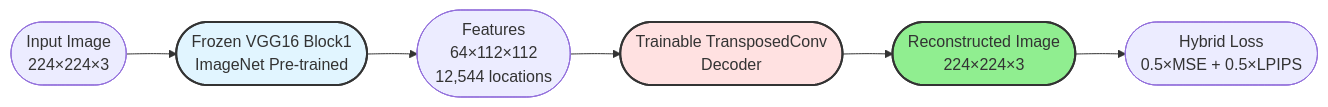
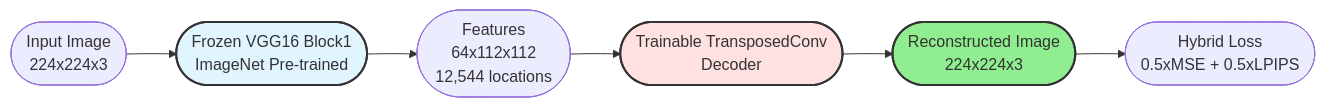
The first of 5 diagrams in COMBINED_METHODOLOGY_RESULTS.md (DanicaBlazanovic/CAP6415_F25_project_Input_Image_Reconstruction_from_Features), drawn with Mermaid before and after one commit. The commit also changed other lines of this file, not shown here.

````diff
--- a/COMBINED_METHODOLOGY_RESULTS.md
+++ b/COMBINED_METHODOLOGY_RESULTS.md
@@ -24,12 +24,12 @@
 ```mermaid
 graph LR
-    A([Input Image<br/>224×224×3]) --> B([Frozen VGG16 Block1<br/>ImageNet Pre-trained])
-    B --> C([Features<br/>64×112×112<br/>12,544 locations])
+    A([Input Image<br/>224x224x3]) --> B([Frozen VGG16 Block1<br/>ImageNet Pre-trained])
+    B --> C([Features<br/>64x112x112<br/>12,544 locations])
     C --> D([Trainable TransposedConv<br/>Decoder])
-    D --> E([Reconstructed Image<br/>224×224×3])
-    E --> F([Hybrid Loss<br/>0.5×MSE + 0.5×LPIPS])
+    D --> E([Reconstructed Image<br/>224x224x3])
+    E --> F([Hybrid Loss<br/>0.5xMSE + 0.5xLPIPS])
     
     style B fill:#e1f5ff,stroke:#333,stroke-width:2px
     style D fill:#ffe1e1,stroke:#333,stroke-width:2px
     style E fill:#90EE90,stroke:#333,stroke-width:2px
 ```
````
